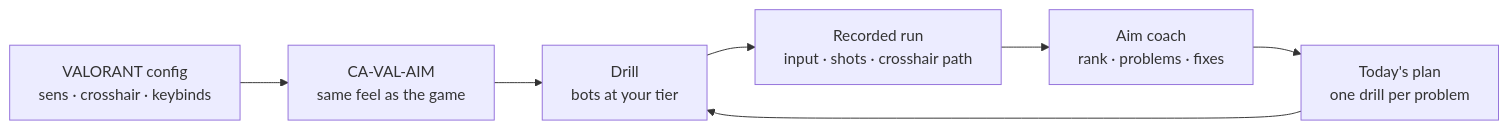
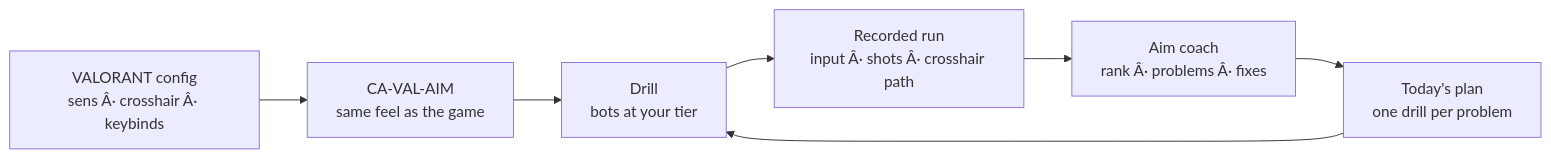
Before and after one commit to Pyromesis/CA-VAL-AIM: the second of 2 diagrams in README.md, drawn with Mermaid. The commit also changed other lines of this file and 27 other files, not shown here.

````diff
--- a/README.md
+++ b/README.md
@@ -214,9 +237,9 @@
 ```mermaid
 flowchart LR
-    V["VALORANT config<br/>sens · crosshair · keybinds"] --> A["CA-VAL-AIM<br/>same feel as the game"]
+    V["VALORANT config<br/>sens Â· crosshair Â· keybinds"] --> A["CA-VAL-AIM<br/>same feel as the game"]
     A --> D["Drill<br/>bots at your tier"]
-    D --> T["Recorded run<br/>input · shots · crosshair path"]
-    T --> C["Aim coach<br/>rank · problems · fixes"]
+    D --> T["Recorded run<br/>input Â· shots Â· crosshair path"]
+    T --> C["Aim coach<br/>rank Â· problems Â· fixes"]
     C --> P["Today's plan<br/>one drill per problem"]
     P --> D
 ```
````
